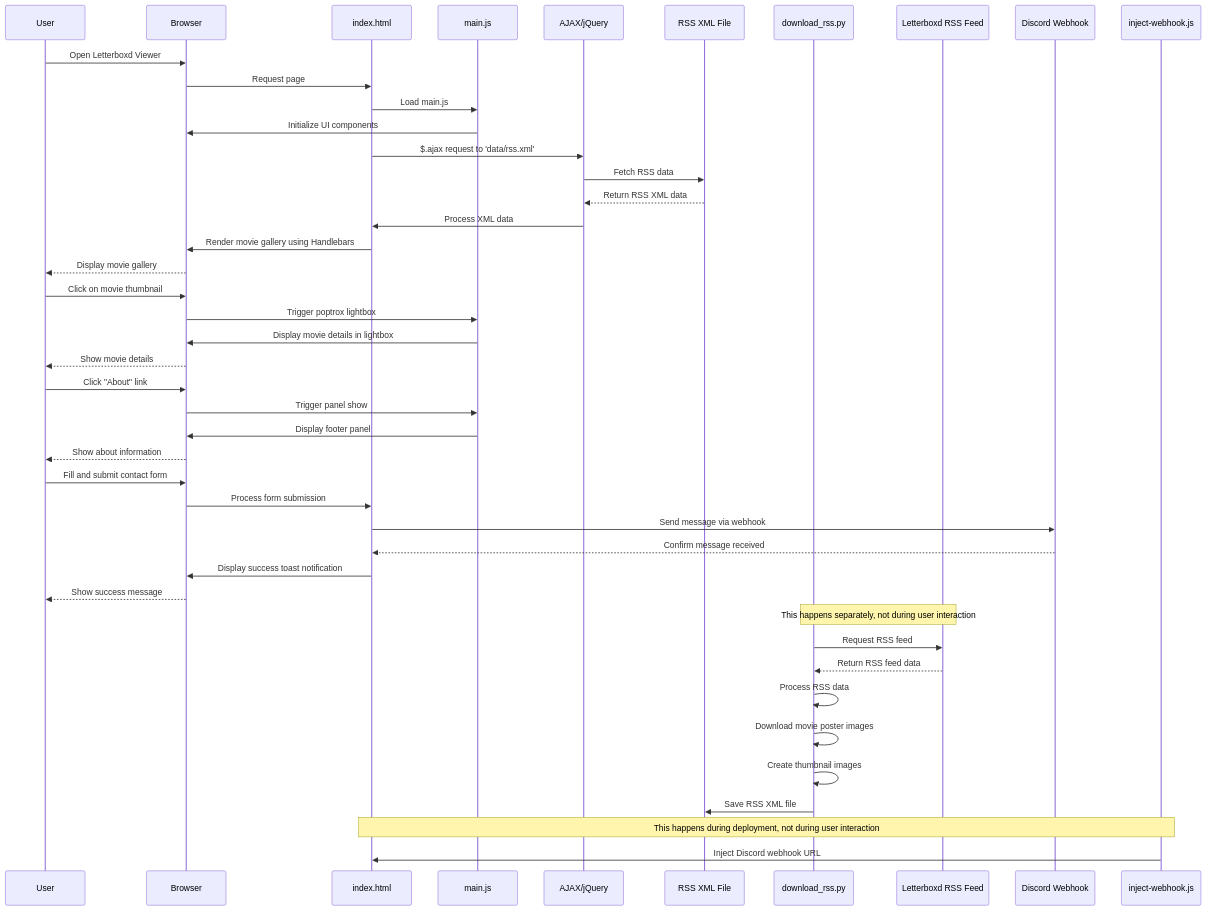
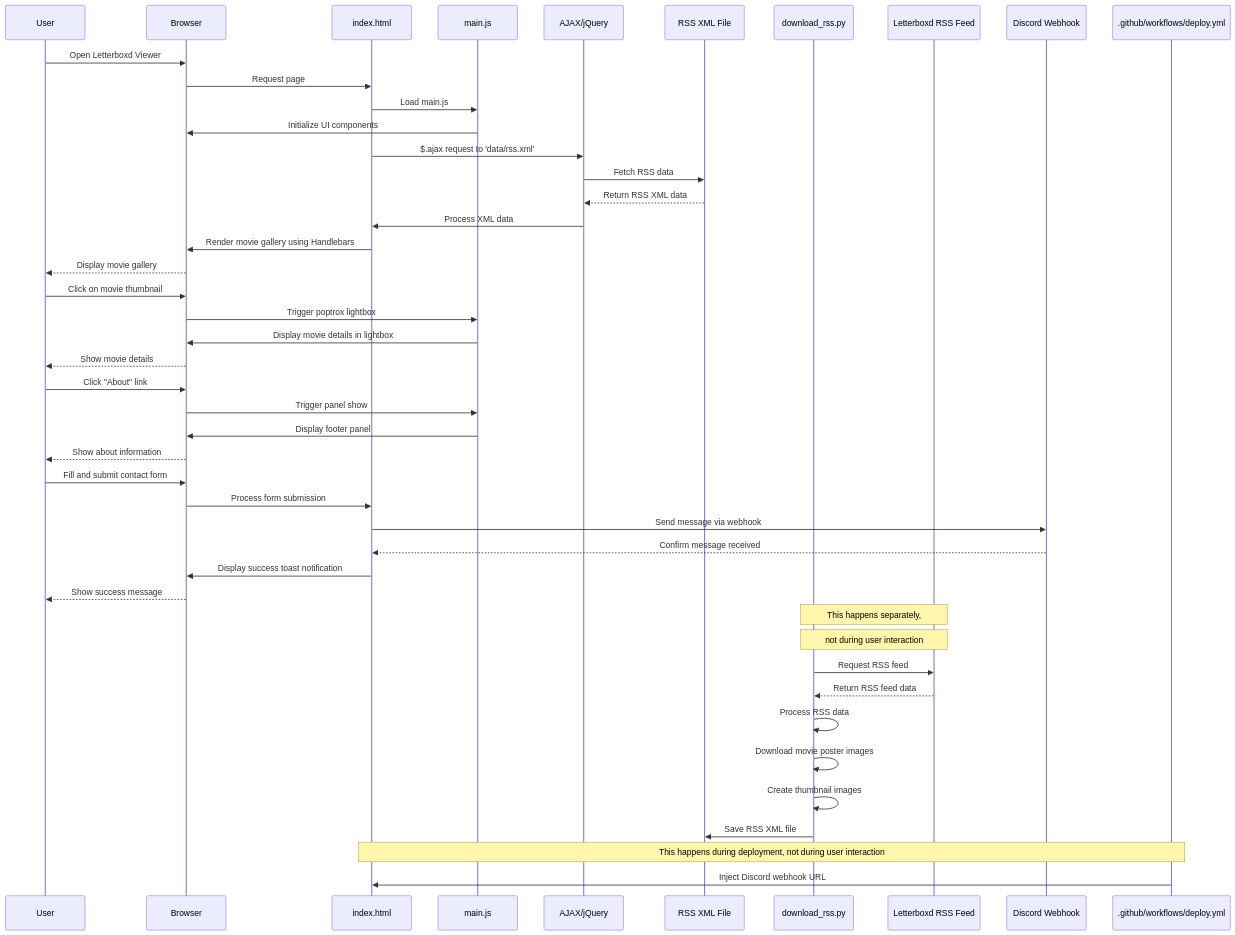
One commit to michaellambgelo/letterboxd-viewer changed the diagram in sequence-diagram.md. Above: the diagram before and after it, drawn with Mermaid.

Commit message:
update sequence diagram

````diff
--- a/sequence-diagram.md
+++ b/sequence-diagram.md
@@ -3,60 +3,61 @@
 ```mermaid
 sequenceDiagram
     participant User
     participant Browser
     participant IndexHTML as index.html
     participant MainJS as main.js
     participant AJAX as AJAX/jQuery
     participant RSS as RSS XML File
     participant Python as download_rss.py
     participant Letterboxd as Letterboxd RSS Feed
     participant Discord as Discord Webhook
-    participant InjectWebhook as inject-webhook.js
+    participant InjectWebhook as .github/workflows/deploy.yml
 
     %% Initial page load
     User->>Browser: Open Letterboxd Viewer
     Browser->>IndexHTML: Request page
     IndexHTML->>MainJS: Load main.js
     MainJS->>Browser: Initialize UI components
     
     %% RSS data loading
     IndexHTML->>AJAX: $.ajax request to 'data/rss.xml'
     AJAX->>RSS: Fetch RSS data
     RSS-->>AJAX: Return RSS XML data
     AJAX->>IndexHTML: Process XML data
     IndexHTML->>Browser: Render movie gallery using Handlebars
     Browser-->>User: Display movie gallery
     
     %% User interaction with gallery
     User->>Browser: Click on movie thumbnail
     Browser->>MainJS: Trigger poptrox lightbox
     MainJS->>Browser: Display movie details in lightbox
     Browser-->>User: Show movie details
     
     %% User interaction with footer
     User->>Browser: Click "About" link
     Browser->>MainJS: Trigger panel show
     MainJS->>Browser: Display footer panel
     Browser-->>User: Show about information
     
     %% Contact form submission
     User->>Browser: Fill and submit contact form
     Browser->>IndexHTML: Process form submission
     IndexHTML->>Discord: Send message via webhook
     Discord-->>IndexHTML: Confirm message received
     IndexHTML->>Browser: Display success toast notification
     Browser-->>User: Show success message
     
     %% Behind the scenes: RSS download process
-    Note over Python,Letterboxd: This happens separately, not during user interaction
+    Note over Python,Letterboxd: This happens separately, 
+    Note over Python,Letterboxd: not during user interaction
     Python->>Letterboxd: Request RSS feed
     Letterboxd-->>Python: Return RSS feed data
     Python->>Python: Process RSS data
     Python->>Python: Download movie poster images
     Python->>Python: Create thumbnail images
     Python->>RSS: Save RSS XML file
     
     %% Behind the scenes: Webhook injection (during deployment)
     Note over InjectWebhook,IndexHTML: This happens during deployment, not during user interaction
     InjectWebhook->>IndexHTML: Inject Discord webhook URL
 ```
````
